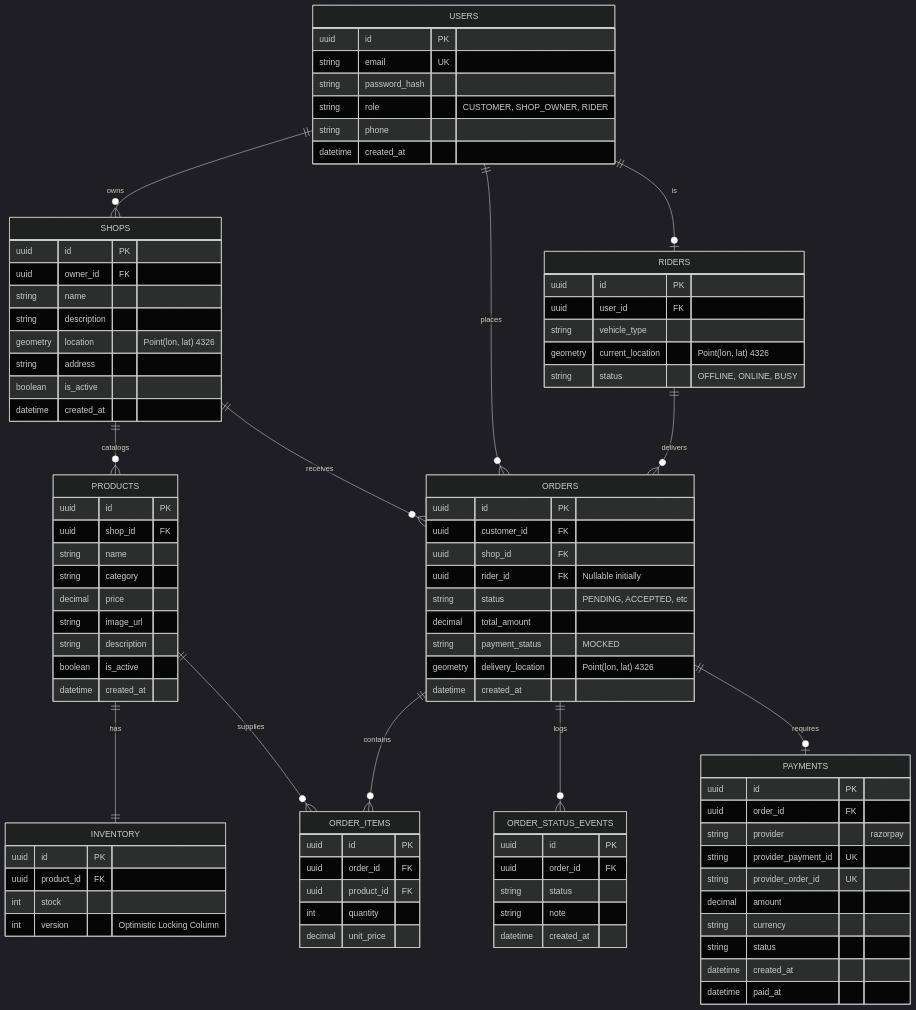
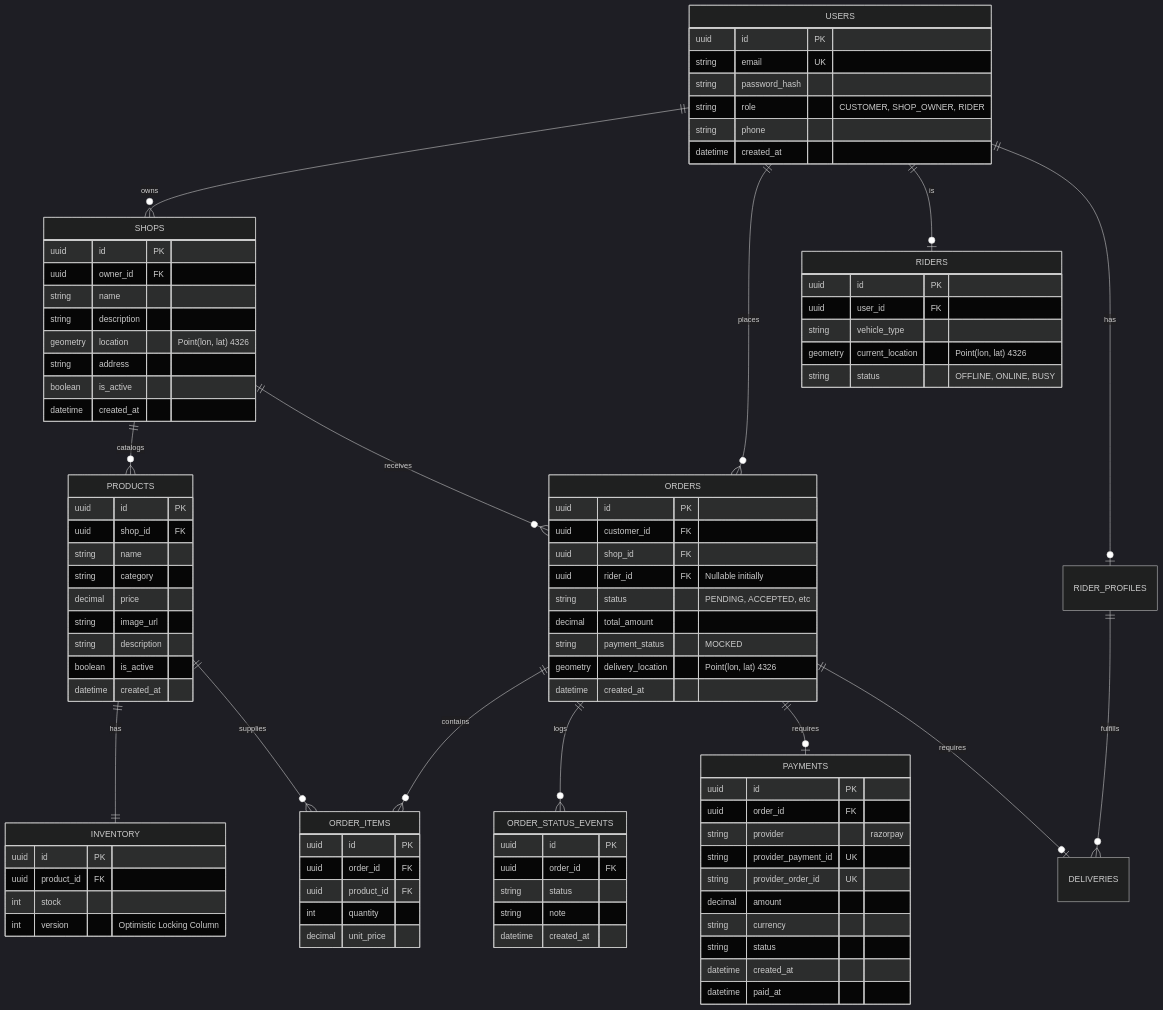
The diagram in docs/DATABASE_DESIGN.md (sagarraj0570/dukaanly), drawn with Mermaid (dark theme) before and after one commit. The commit also changed other lines of this file and 3 other files, not shown here.

```diff
--- a/docs/DATABASE_DESIGN.md
+++ b/docs/DATABASE_DESIGN.md
@@ -17,10 +17,12 @@
     PRODUCTS ||--|| INVENTORY : has
     PRODUCTS ||--o{ ORDER_ITEMS : supplies
     
+    USERS ||--o| RIDER_PROFILES : has
+    RIDER_PROFILES ||--o{ DELIVERIES : fulfills
     ORDERS ||--o{ ORDER_ITEMS : contains
     ORDERS ||--o{ ORDER_STATUS_EVENTS : logs
     ORDERS ||--o| PAYMENTS : requires
-    RIDERS ||--o{ ORDERS : delivers
+    ORDERS ||--o| DELIVERIES : requires
     
     USERS {
         uuid id PK
```
